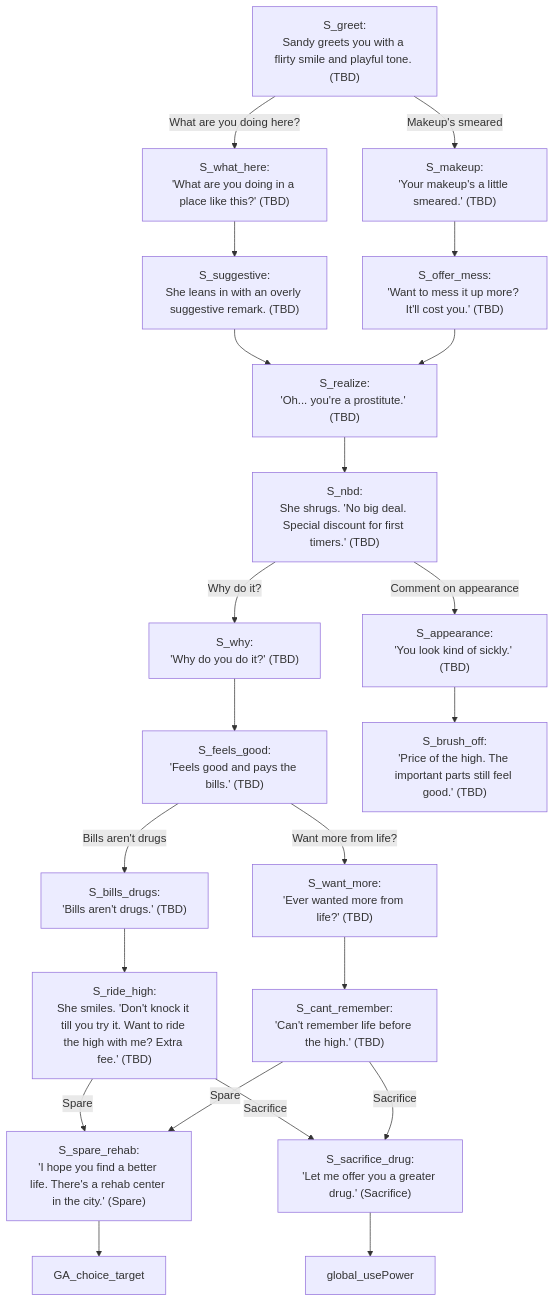
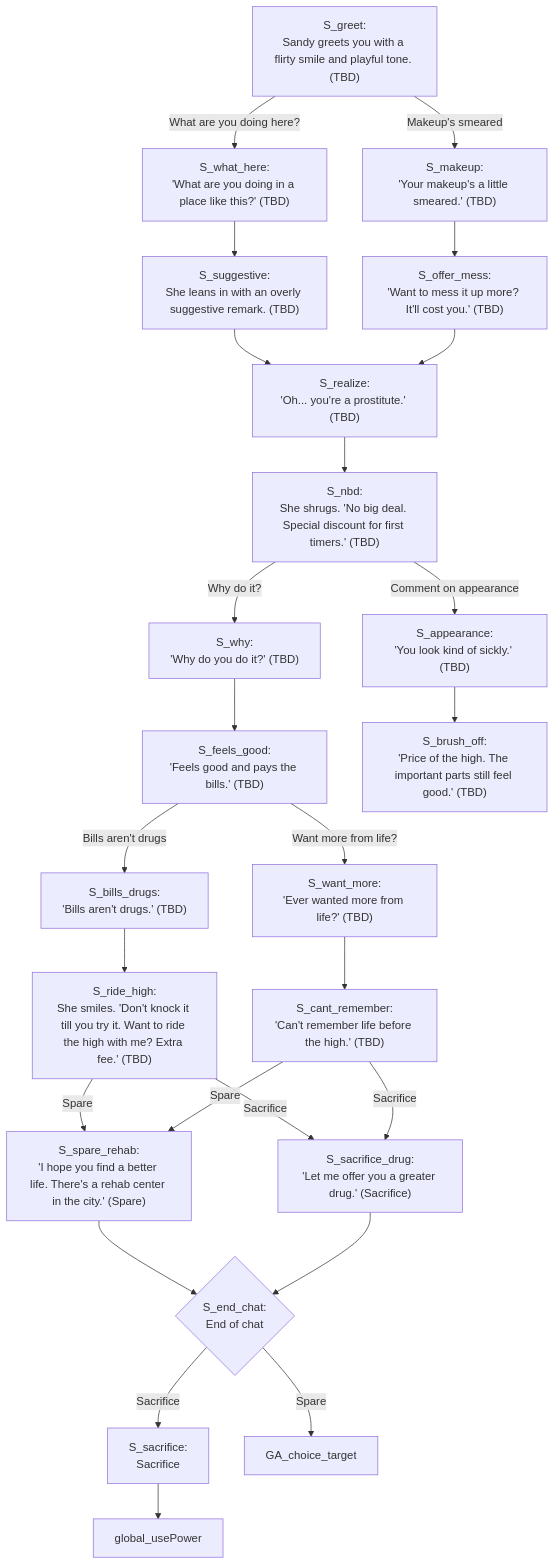
One commit to ivalace/horror-game-jam-2025 changed the diagram in Sandy.mmd. Above: the diagram before and after it, drawn with Mermaid. The commit also changed 9 other files, not shown here.

```diff
--- a/Sandy.mmd
+++ b/Sandy.mmd
@@ -1,24 +1,29 @@
 flowchart TD
 direction LR
 S_greet["S_greet:<br/>Sandy greets you with a flirty smile and playful tone. (TBD)"] -->|What are you doing here?| S_what_here
 S_greet -->|Makeup's smeared| S_makeup
 S_what_here["S_what_here:<br/>'What are you doing in a place like this?' (TBD)"] --> S_suggestive
 S_suggestive["S_suggestive:<br/>She leans in with an overly suggestive remark. (TBD)"] --> S_realize
 S_makeup["S_makeup:<br/>'Your makeup's a little smeared.' (TBD)"] --> S_offer_mess
 S_offer_mess["S_offer_mess:<br/>'Want to mess it up more? It'll cost you.' (TBD)"] --> S_realize
 S_realize["S_realize:<br/>'Oh... you're a prostitute.' (TBD)"] --> S_nbd
 S_nbd["S_nbd:<br/>She shrugs. 'No big deal. Special discount for first timers.' (TBD)"] -->|Why do it?| S_why
 S_nbd -->|Comment on appearance| S_appearance
 S_why["S_why:<br/>'Why do you do it?' (TBD)"] --> S_feels_good
 S_feels_good["S_feels_good:<br/>'Feels good and pays the bills.' (TBD)"] -->|Bills aren't drugs| S_bills_drugs
 S_feels_good -->|Want more from life?| S_want_more
 S_bills_drugs["S_bills_drugs:<br/>'Bills aren't drugs.' (TBD)"] --> S_ride_high
 S_ride_high["S_ride_high:<br/>She smiles. 'Don't knock it till you try it. Want to ride the high with me? Extra fee.' (TBD)"] -->|Spare| S_spare_rehab
 S_ride_high -->|Sacrifice| S_sacrifice_drug
 S_cant_remember["S_cant_remember:<br/>'Can't remember life before the high.' (TBD)"] -->|Spare| S_spare_rehab
 S_cant_remember -->|Sacrifice| S_sacrifice_drug
-S_spare_rehab["S_spare_rehab:<br/>'I hope you find a better life. There's a rehab center in the city.' (Spare)"] --> GA_choice_target
-S_sacrifice_drug["S_sacrifice_drug:<br/>'Let me offer you a greater drug.' (Sacrifice)"] --> global_usePower
+S_spare_rehab["S_spare_rehab:<br/>'I hope you find a better life. There's a rehab center in the city.' (Spare)"] --> S_end_chat
+S_sacrifice_drug["S_sacrifice_drug:<br/>'Let me offer you a greater drug.' (Sacrifice)"] --> S_end_chat
 S_want_more["S_want_more:<br/>'Ever wanted more from life?' (TBD)"] --> S_cant_remember
 S_appearance["S_appearance:<br/>'You look kind of sickly.' (TBD)"] --> S_brush_off
 S_brush_off["S_brush_off:<br/>'Price of the high. The important parts still feel good.' (TBD)"]
+
+S_end_chat{"S_end_chat:<br/>End of chat"} -->|Sacrifice| S_sacrifice
+S_end_chat -->|Spare| GA_choice_target
+
+S_sacrifice["S_sacrifice:<br/>Sacrifice"] --> global_usePower
```
